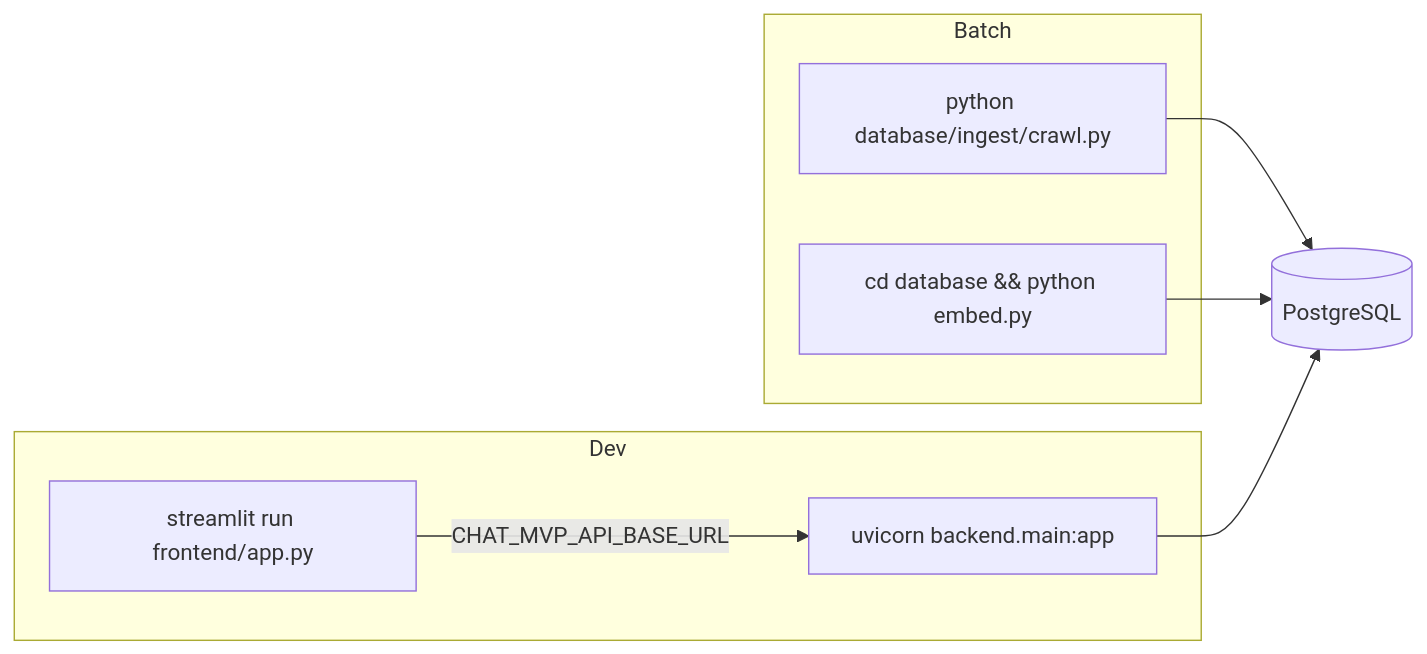
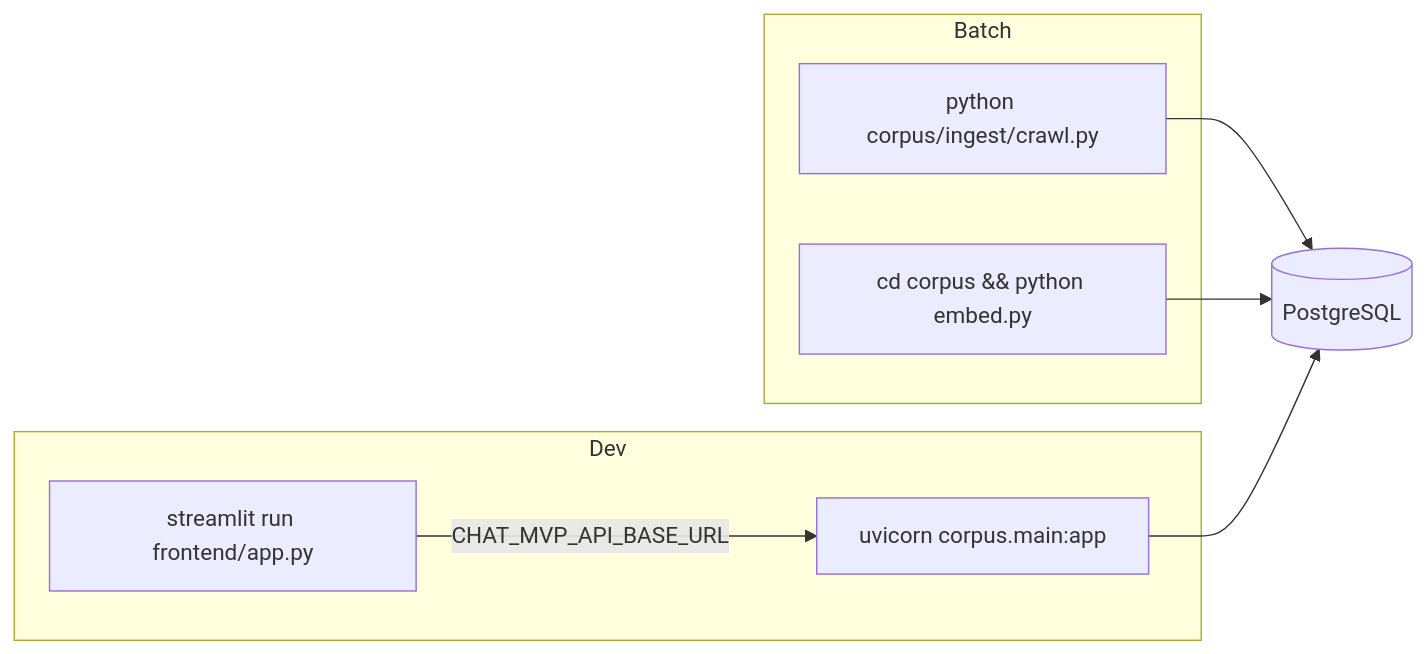
Before and after one commit to mattburnett-repo/chat-mvp: the third of 3 diagrams in docs/architecture-overview.md, drawn with Mermaid. The commit also changed other lines of this file and 22 other files, not shown here.

````diff
--- a/docs/architecture-overview.md
+++ b/docs/architecture-overview.md
@@ -77,15 +77,15 @@
 ```mermaid
 flowchart LR
   subgraph Dev
-    U[uvicorn backend.main:app]
+    U[uvicorn corpus.main:app]
     S[streamlit run frontend/app.py]
   end
   subgraph Batch
-    C[python database/ingest/crawl.py]
-    E[cd database && python embed.py]
+    C[python corpus/ingest/crawl.py]
+    E[cd corpus && python embed.py]
   end
   S -->|CHAT_MVP_API_BASE_URL| U
   C --> PG[(PostgreSQL)]
   E --> PG
   U --> PG
 ```
````
